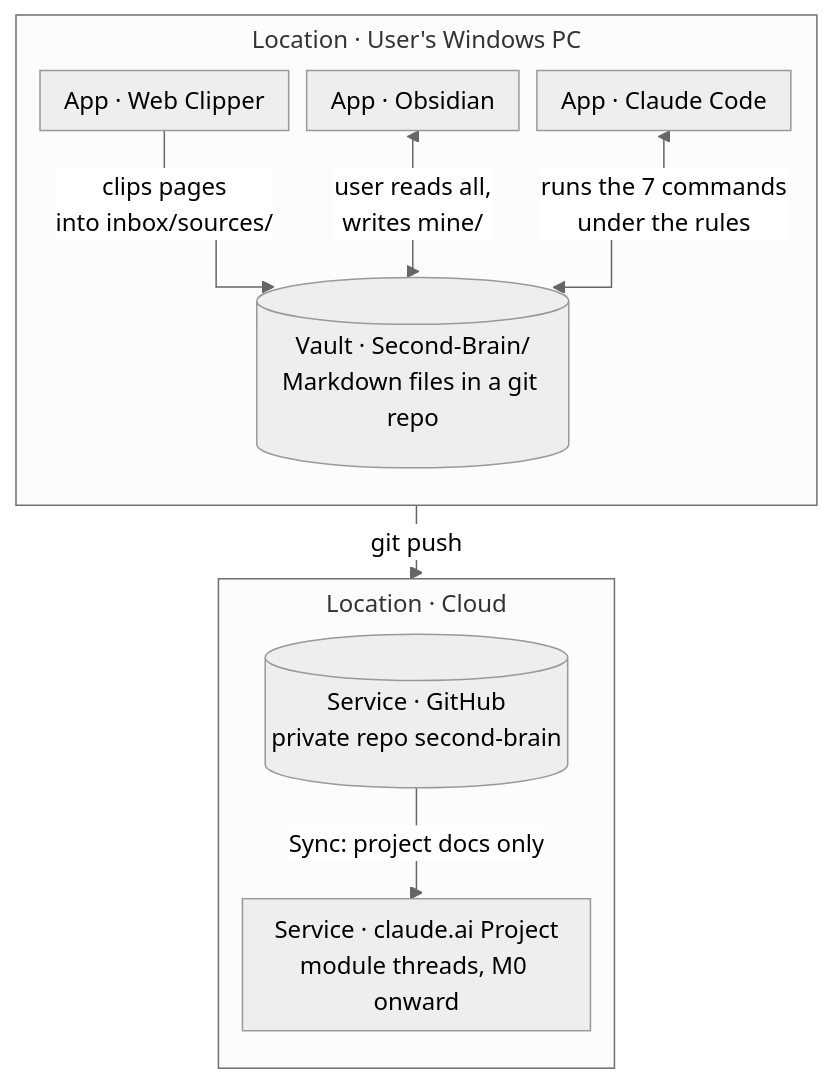
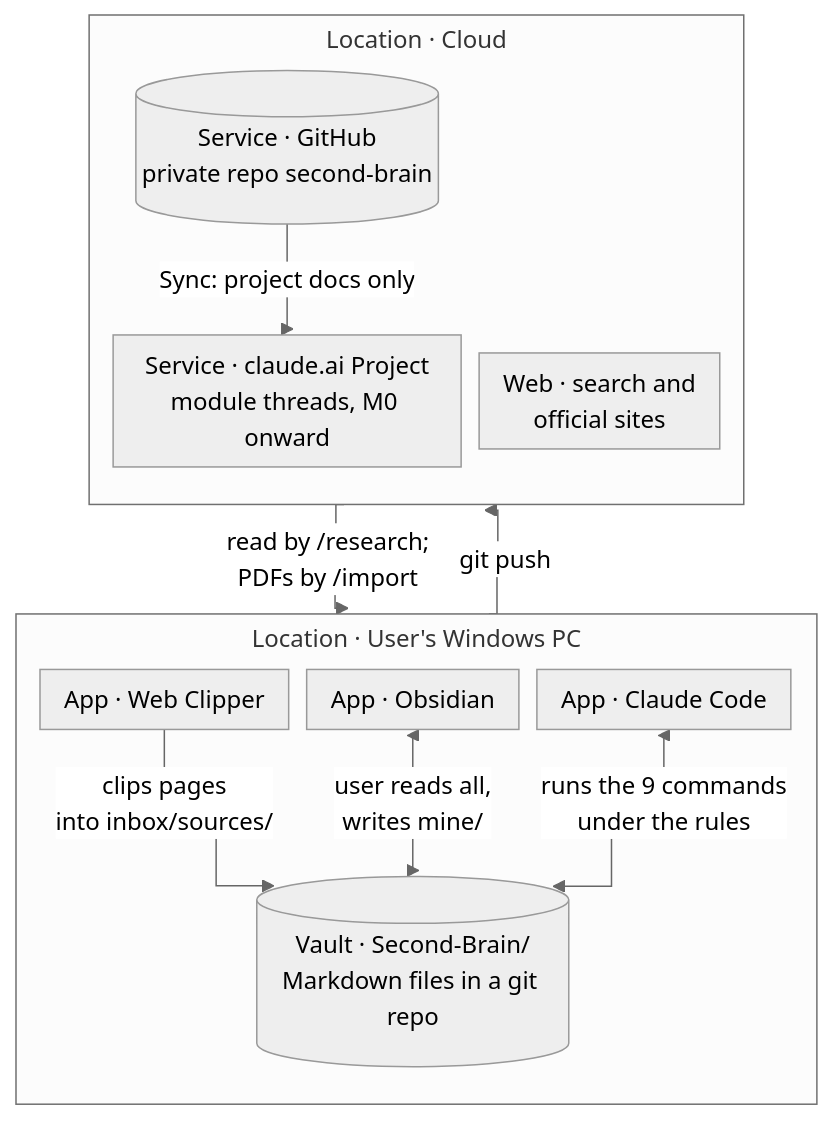
Before and after one commit to quocnguyen13/second-brain: the first of 20 diagrams in mine/projects/thinking-system/20 Product Requirements.md, drawn with Mermaid (neutral theme). The commit also changed other lines of this file and 8 other files, not shown here.

````diff
--- a/mine/projects/thinking-system/20 Product Requirements.md
+++ b/mine/projects/thinking-system/20 Product Requirements.md
@@ -87,21 +89,23 @@
 ```mermaid
 %%{init: {"flowchart": {"curve": "step", "useMaxWidth": true, "nodeSpacing": 12, "rankSpacing": 25, "padding": 8, "subGraphTitleMargin": {"top": 4, "bottom": 8}}}}%%
 flowchart TB
     subgraph PC["Location · User's Windows PC"]
         direction TB
         WC["App · Web Clipper"]
         OB["App · Obsidian"]
         CC["App · Claude Code"]
         VT[("Vault · Second-Brain/<br/>Markdown files in a git repo")]
     end
     subgraph CL["Location · Cloud"]
         direction TB
         GH[("Service · GitHub<br/>private repo second-brain")]
         PJ["Service · claude.ai Project<br/>module threads, M0 onward"]
+        WB["Web · search and<br/>official sites"]
     end
     WC -->|"clips pages<br/>into inbox/sources/"| VT
     OB <-->|"user reads all,<br/>writes mine/"| VT
-    CC <-->|"runs the 7 commands<br/>under the rules"| VT
+    CC <-->|"runs the 9 commands<br/>under the rules"| VT
+    WB -->|"read by /research;<br/>PDFs by /import"| CC
     VT -->|"git push"| GH
     GH -->|"Sync: project docs only"| PJ
 ```
````
